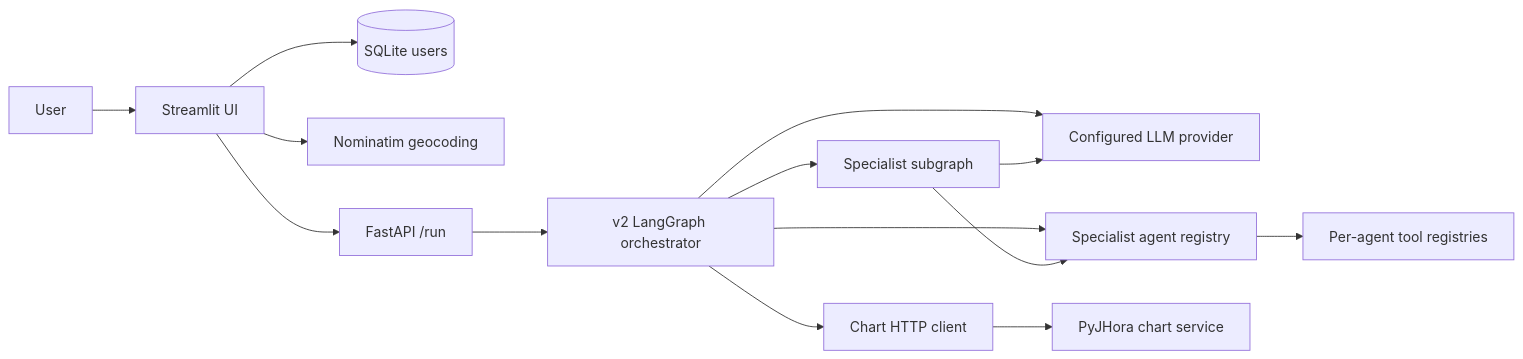
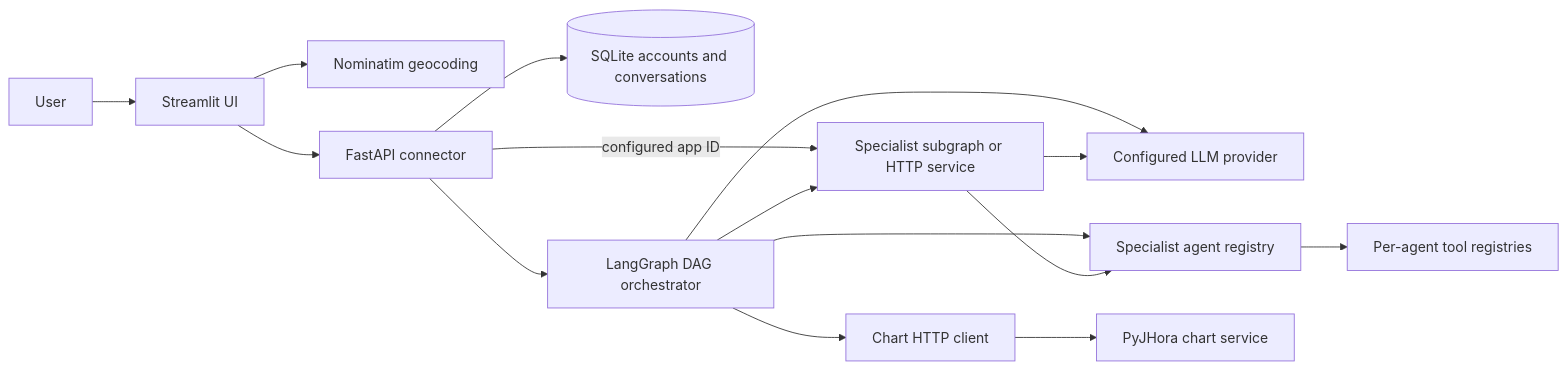
The first of 4 diagrams in docs/PROJECT_DOCUMENTATION.md (chamanthmvs/AstroWeave), drawn with Mermaid before and after one commit. The commit also changed other lines of this file and 14 other files, not shown here.

Commit message:
feat: add connector-owned conversations and dependency-aware agent orchestration

````diff
--- a/docs/PROJECT_DOCUMENTATION.md
+++ b/docs/PROJECT_DOCUMENTATION.md
@@ -193,16 +198,17 @@
 ```mermaid
 flowchart LR
     User[User] --> UI[Streamlit UI]
-    UI --> DB[(SQLite users)]
     UI --> Geo[Nominatim geocoding]
-    UI --> API[FastAPI /run]
-    API --> Orchestrator[v2 LangGraph orchestrator]
+    UI --> API[FastAPI connector]
+    API --> DB[(SQLite accounts and conversations)]
+    API --> Orchestrator[LangGraph DAG orchestrator]
     Orchestrator --> LLM[Configured LLM provider]
     Orchestrator --> AgentRegistry[Specialist agent registry]
     AgentRegistry --> ToolRegistry[Per-agent tool registries]
-    Orchestrator --> Specialist[Specialist subgraph]
+    API -->|configured app ID| Specialist[Specialist subgraph or HTTP service]
+    Orchestrator --> Specialist
     Specialist --> AgentRegistry
     Specialist --> LLM
     Orchestrator --> ChartClient[Chart HTTP client]
     ChartClient --> ChartService[PyJHora chart service]
 ```
````
